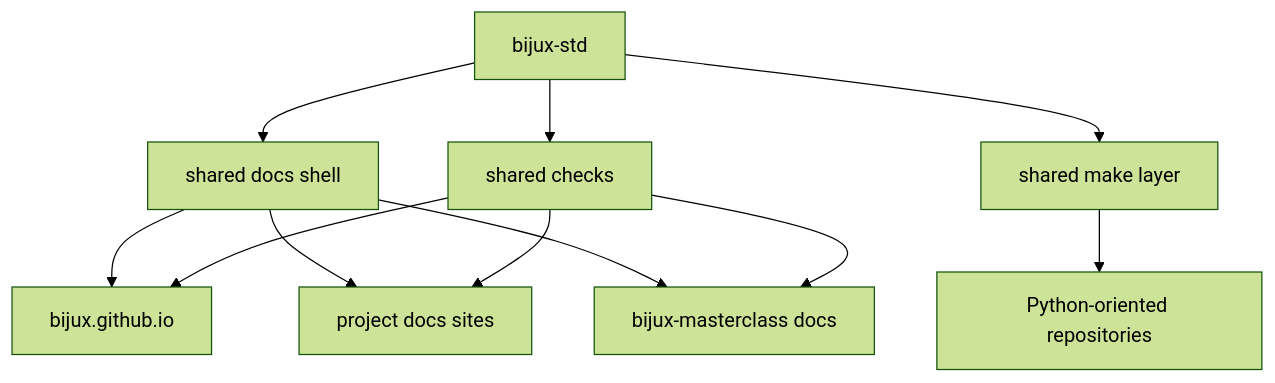
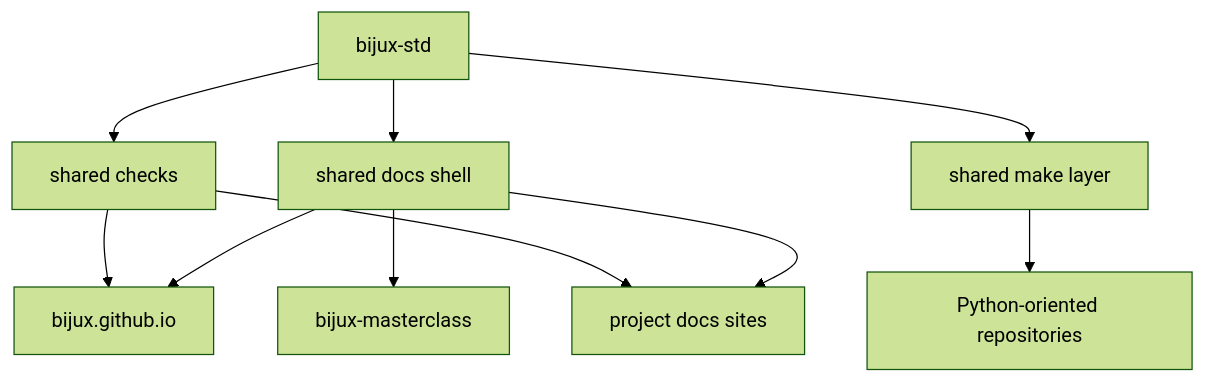
Before and after one commit to bijux/bijux.github.io: the diagram in docs/platform/bijux-std.md, drawn with Mermaid (forest theme). The commit also changed other lines of this file, not shown here.

Commit message:
docs(platform): clarify standards consumption flow and shared-local separation

````diff
--- a/docs/platform/bijux-std.md
+++ b/docs/platform/bijux-std.md
@@ -62,16 +62,15 @@
 ```mermaid
 graph TD
     std["bijux-std"] --> shell["shared docs shell"]
     std --> checks["shared checks"]
     std --> makes["shared make layer"]
 
     shell --> hub["bijux.github.io"]
-    shell --> projects["project docs sites"]
-    shell --> learning["bijux-masterclass docs"]
+    shell --> projectdocs["project docs sites"]
+    shell --> masterclass["bijux-masterclass"]
 
     checks --> hub
-    checks --> projects
-    checks --> learning
+    checks --> projectdocs
 
     makes --> repos["Python-oriented repositories"]
 ```
````
